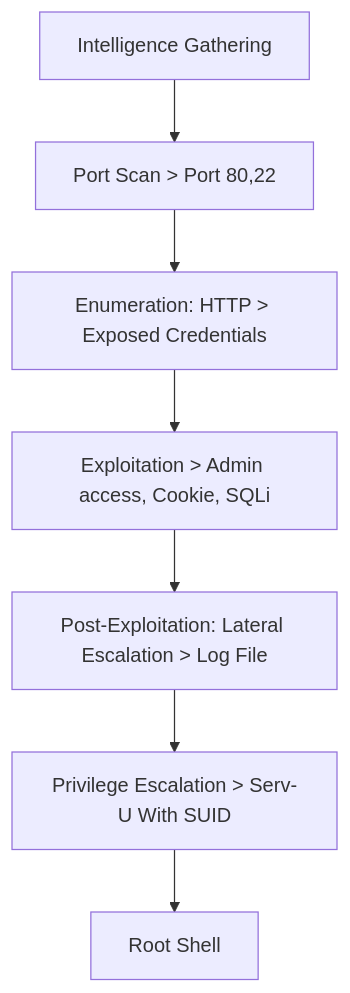
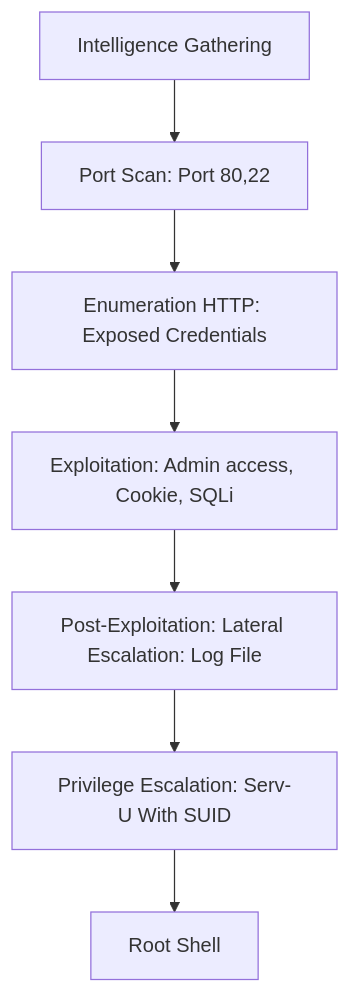
The diagram in _posts/2024-07-10-Proving-Grounds-Fractal copy 2.md (0xfl0k1/0xfl0k1.github.io), drawn with Mermaid before and after one commit. The commit also changed other lines of this file and 25 other files, not shown here.

````diff
--- a/_posts/2024-07-10-Proving-Grounds-Fractal copy 2.md
+++ b/_posts/2024-07-10-Proving-Grounds-Fractal copy 2.md
@@ -23,10 +23,10 @@
 ```mermaid
 graph TD
     A[Intelligence Gathering]
-    A --> B[Port Scan > Port 80,22]
-    B --> C[Enumeration: HTTP > Exposed Credentials]
-    C --> D[Exploitation > Admin access, Cookie, SQLi]
-    D --> E[Post-Exploitation: Lateral Escalation > Log File]
-    E --> F[Privilege Escalation > Serv-U With SUID]
+    A --> B[Port Scan: Port 80,22]
+    B --> C[Enumeration HTTP: Exposed Credentials]
+    C --> D[Exploitation: Admin access, Cookie, SQLi]
+    D --> E[Post-Exploitation: Lateral Escalation: Log File]
+    E --> F[Privilege Escalation: Serv-U With SUID]
     F --> G[Root Shell]
 ```
````
